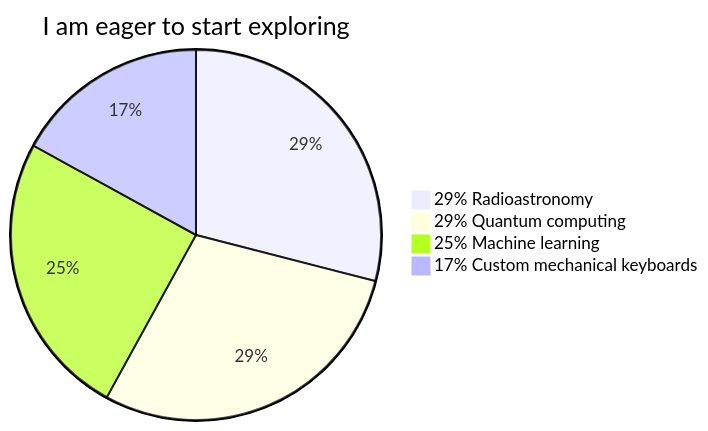
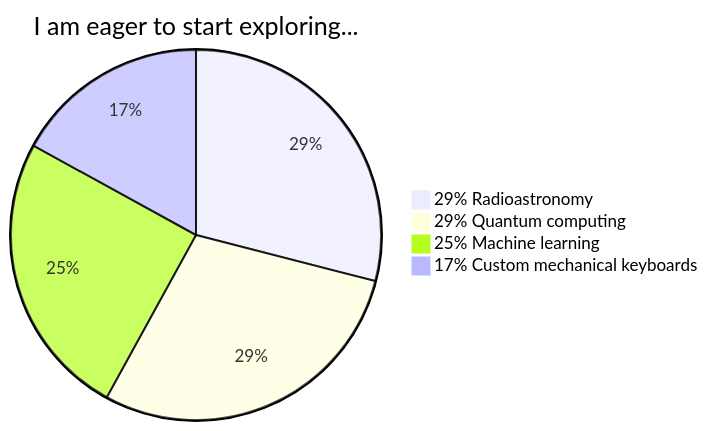
One commit to jieggii/jieggii changed the second of 2 diagrams in README.md. Above: the diagram before and after it, drawn with Mermaid.

````diff
--- a/README.md
+++ b/README.md
@@ -30,7 +30,7 @@
 ```mermaid
-pie title I am eager to start exploring
+pie title I am eager to start exploring...
     "29% Radioastronomy": 29
     "29% Quantum computing" : 29
     "25% Machine learning" : 25
     "17% Custom mechanical keyboards" : 17
 ```
````
